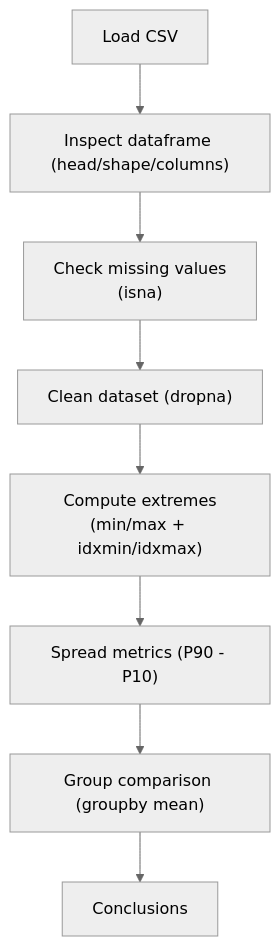
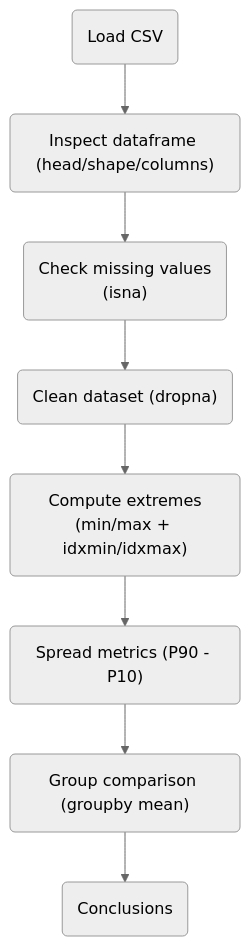
The diagram in daily_logs/day_72.md (Zamir29/100-days-of-Python), drawn with Mermaid (neutral theme) before and after one commit.

Commit message:
(day_72): rounded corners into mermaid flowchart

````diff
--- a/daily_logs/day_72.md
+++ b/daily_logs/day_72.md
@@ -64,10 +64,10 @@
 ```mermaid
 graph TD;
-    A[Load CSV] --> B[Inspect dataframe #40;head/shape/columns#41;]
-    B --> C[Check missing values<br>#40;isna#41;]
-    C --> D[Clean dataset #40;dropna#41;]
-    D --> E[Compute extremes<br>#40;min/max + idxmin/idxmax#41;]
-    E --> F[Spread metrics #40;P90 - P10#41;]
-    F --> G[Group comparison #40;groupby mean#41;]
-    G --> H[Conclusions]
+    A(Load CSV) --> B(Inspect dataframe #40;head/shape/columns#41;)
+    B --> C(Check missing values<br>#40;isna#41;)
+    C --> D(Clean dataset #40;dropna#41;)
+    D --> E(Compute extremes<br>#40;min/max + idxmin/idxmax#41;)
+    E --> F(Spread metrics #40;P90 - P10#41;)
+    F --> G(Group comparison #40;groupby mean#41;)
+    G --> H(Conclusions)
 ```
````
